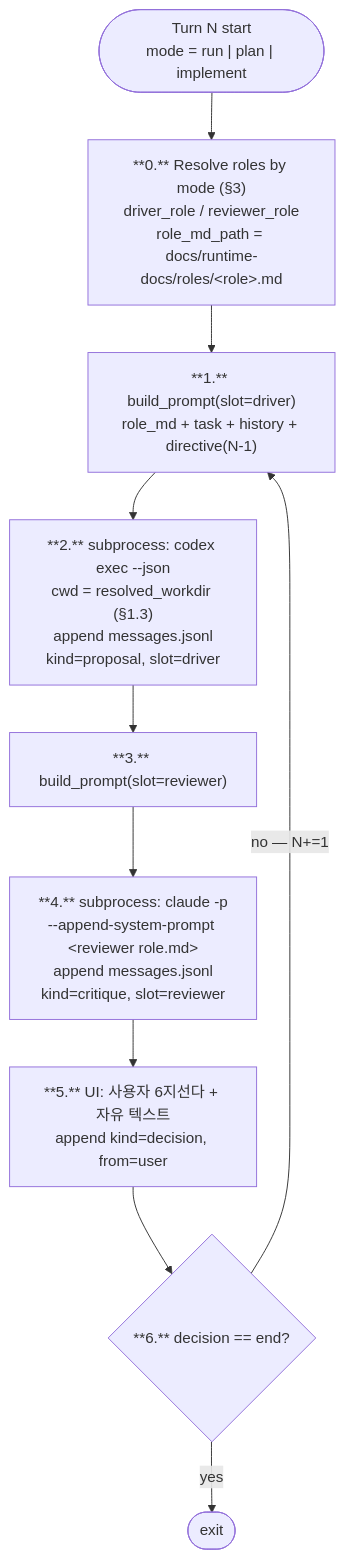
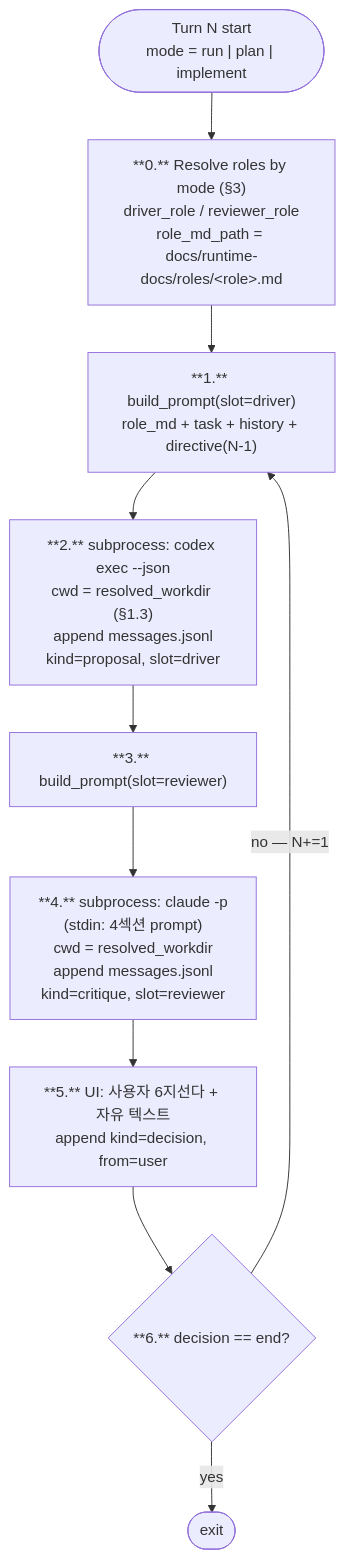
Before and after one commit to shinjw4929/Dialectic-CLI: the third of 3 diagrams in docs/runtime-docs/protocol.md, drawn with Mermaid. The commit also changed other lines of this file and 4 other files, not shown here.

````diff
--- a/docs/runtime-docs/protocol.md
+++ b/docs/runtime-docs/protocol.md
@@ -214,16 +218,16 @@
 ```mermaid
 flowchart TD
     Start(["Turn N start<br/>mode = run | plan | implement"])
     R0["**0.** Resolve roles by mode (§3)<br/>driver_role / reviewer_role<br/>role_md_path = docs/runtime-docs/roles/&lt;role&gt;.md"]
     R1["**1.** build_prompt(slot=driver)<br/>role_md + task + history + directive(N-1)"]
     R2["**2.** subprocess: codex exec --json<br/>cwd = resolved_workdir (§1.3)<br/>append messages.jsonl<br/>kind=proposal, slot=driver"]
     R3["**3.** build_prompt(slot=reviewer)"]
-    R4["**4.** subprocess: claude -p<br/>--append-system-prompt &lt;reviewer role.md&gt;<br/>append messages.jsonl<br/>kind=critique, slot=reviewer"]
+    R4["**4.** subprocess: claude -p<br/>(stdin: 4섹션 prompt)<br/>cwd = resolved_workdir<br/>append messages.jsonl<br/>kind=critique, slot=reviewer"]
     R5["**5.** UI: 사용자 6지선다 + 자유 텍스트<br/>append kind=decision, from=user"]
     R6{"**6.** decision == end?"}
     Exit([exit])
 
     Start --> R0 --> R1 --> R2 --> R3 --> R4 --> R5 --> R6
     R6 -- yes --> Exit
     R6 -- "no — N+=1" --> R1
 ```
````
